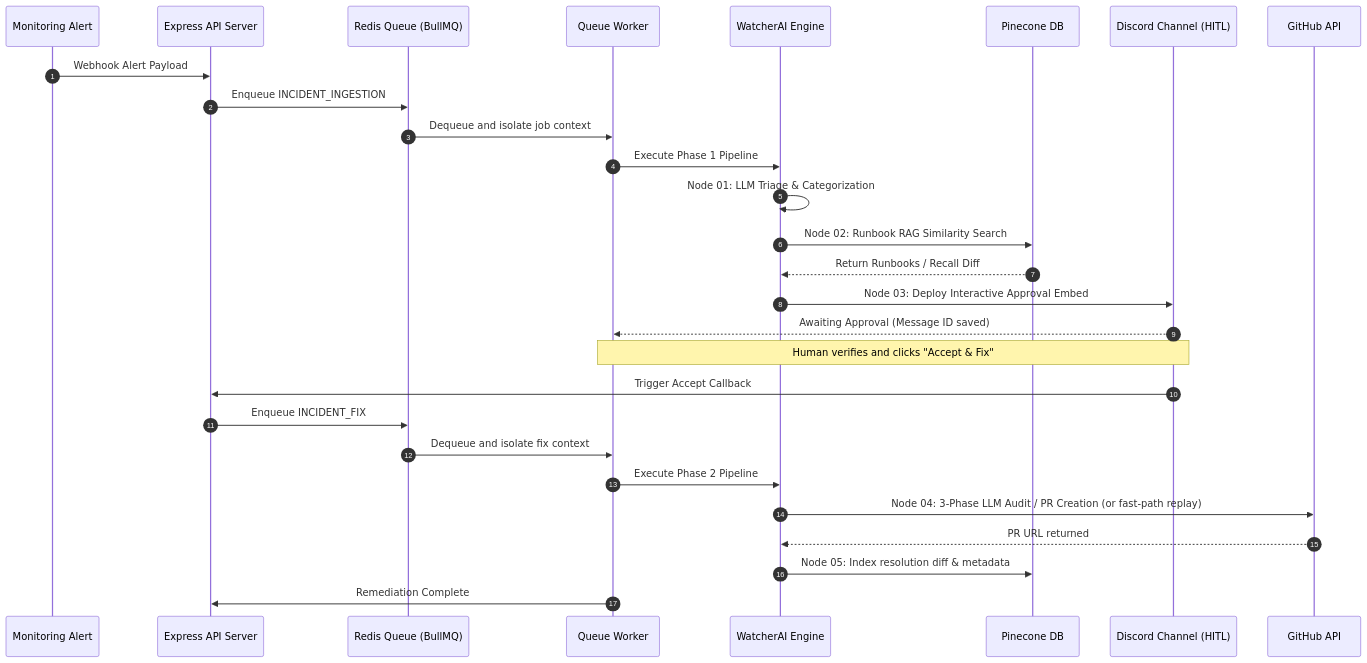
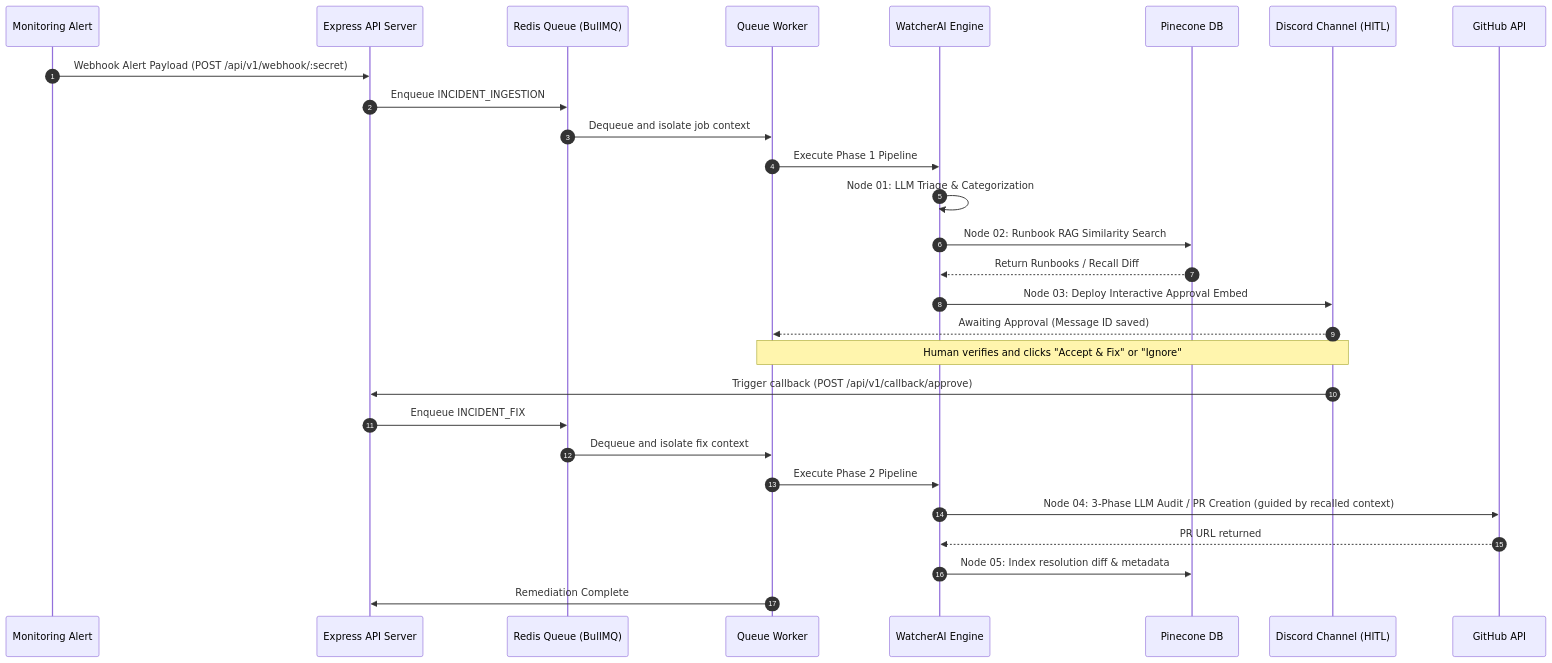
One commit to AyShakya/WatcherAgent changed the second of 2 diagrams in README.md. Above: the diagram before and after it, drawn with Mermaid. The commit also changed other lines of this file, not shown here.

````diff
--- a/README.md
+++ b/README.md
@@ -64,33 +64,33 @@
 ```mermaid
 sequenceDiagram
     autonumber
     participant Mon as Monitoring Alert
     participant Srv as Express API Server
     participant Q as Redis Queue (BullMQ)
     participant W as Queue Worker
     participant AI as WatcherAI Engine
     participant PM as Pinecone DB
     participant Disc as Discord Channel (HITL)
     participant GH as GitHub API
 
-    Mon->>Srv: Webhook Alert Payload
+    Mon->>Srv: Webhook Alert Payload (POST /api/v1/webhook/:secret)
     Srv->>Q: Enqueue INCIDENT_INGESTION
     Q->>W: Dequeue and isolate job context
     W->>AI: Execute Phase 1 Pipeline
     AI->>AI: Node 01: LLM Triage & Categorization
     AI->>PM: Node 02: Runbook RAG Similarity Search
     PM-->>AI: Return Runbooks / Recall Diff
     AI->>Disc: Node 03: Deploy Interactive Approval Embed
     Disc-->>W: Awaiting Approval (Message ID saved)
     
-    Note over Disc, W: Human verifies and clicks "Accept & Fix"
+    Note over Disc, W: Human verifies and clicks "Accept & Fix" or "Ignore"
     
-    Disc->>Srv: Trigger Accept Callback
+    Disc->>Srv: Trigger callback (POST /api/v1/callback/approve)
     Srv->>Q: Enqueue INCIDENT_FIX
     Q->>W: Dequeue and isolate fix context
     W->>AI: Execute Phase 2 Pipeline
-    AI->>GH: Node 04: 3-Phase LLM Audit / PR Creation (or fast-path replay)
+    AI->>GH: Node 04: 3-Phase LLM Audit / PR Creation (guided by recalled context)
     GH-->>AI: PR URL returned
     AI->>PM: Node 05: Index resolution diff & metadata
     W->>Srv: Remediation Complete
 ```
````
